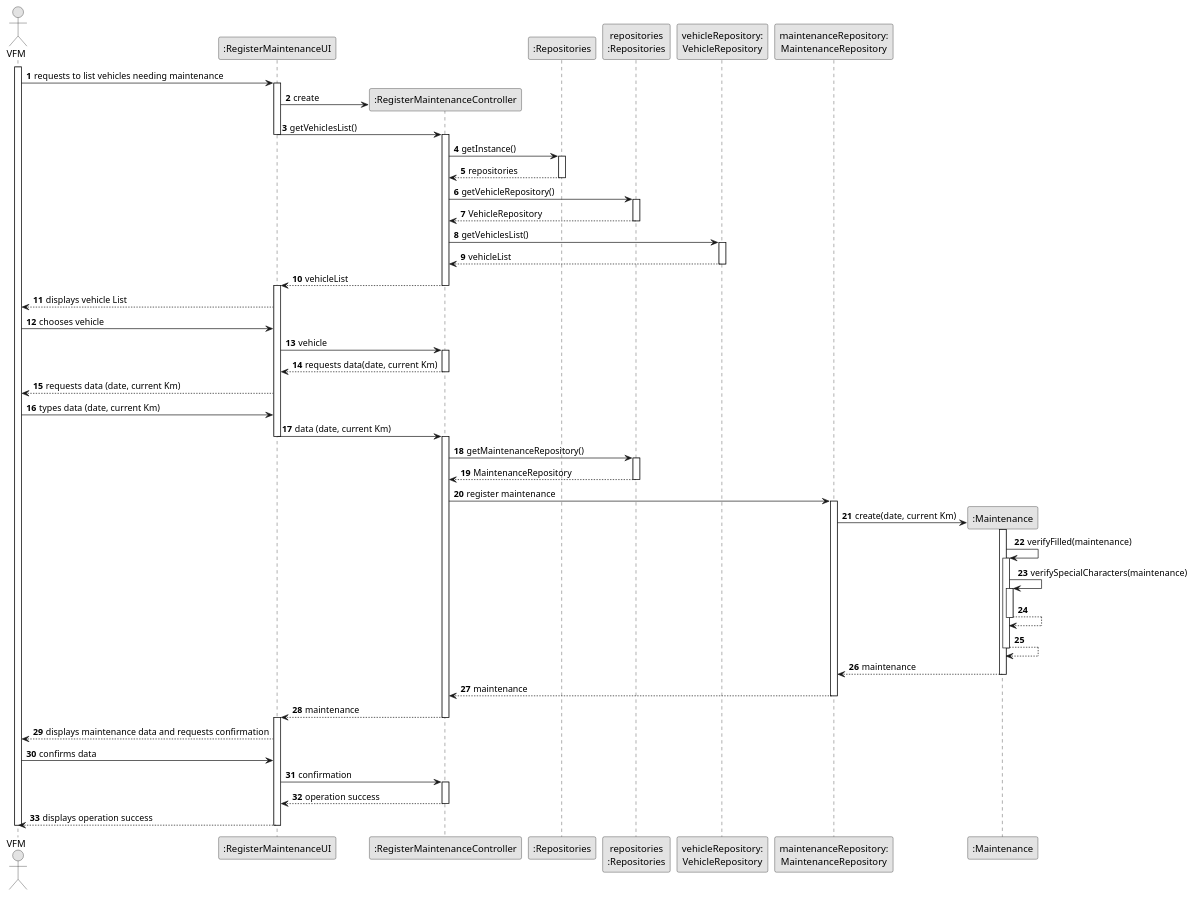
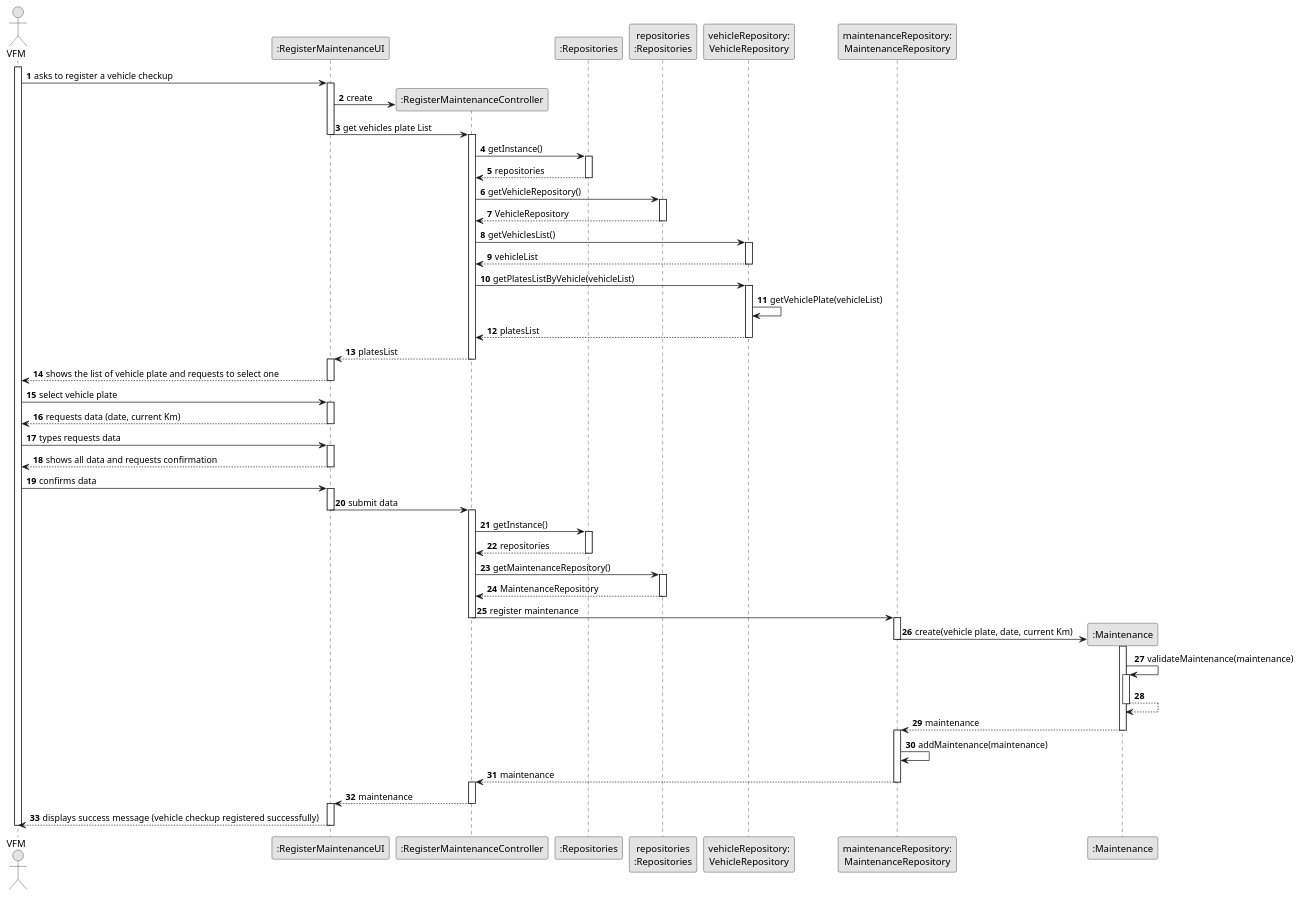
Before and after one commit to ricardomm7/leaflink: the diagram in docs/sprintB/us007/03.design/puml/us007-sequence-diagram-full.puml, drawn with PlantUML. The commit also changed 30 other files, not shown here.

```diff
--- a/docs/sprintB/us007/03.design/puml/us007-sequence-diagram-full.puml
+++ b/docs/sprintB/us007/03.design/puml/us007-sequence-diagram-full.puml
@@ -1,115 +1,134 @@
 @startuml
 skinparam monochrome true
 skinparam packageStyle rectangle
 skinparam shadowing false
 
 autonumber
 
 'hide footbox
 actor "VFM" as VFM
 participant ":RegisterMaintenanceUI" as UI
 participant ":RegisterMaintenanceController" as CTRL
 participant ":Repositories" as RepositorySingleton
 participant "repositories\n:Repositories" as PLAT
 participant "vehicleRepository:\nVehicleRepository" as VehicleRepository
 participant "maintenanceRepository:\nMaintenanceRepository" as MaintenanceRepository
 participant ":Maintenance" as Maintenance
 
 activate VFM
 
-    VFM -> UI : requests to list vehicles needing maintenance
+    VFM -> UI : asks to register a vehicle checkup
     activate UI
 
         UI -> CTRL** : create
 
-        UI -> CTRL : getVehiclesList()
+
+
+        UI -> CTRL : get vehicles plate List
         deactivate UI
         activate CTRL
 
             CTRL -> RepositorySingleton : getInstance()
             activate RepositorySingleton
 
                 RepositorySingleton --> CTRL: repositories
             deactivate RepositorySingleton
 
             CTRL -> PLAT : getVehicleRepository()
             activate PLAT
 
                 PLAT --> CTRL: VehicleRepository
             deactivate PLAT
 
             CTRL -> VehicleRepository : getVehiclesList()
             activate VehicleRepository
 
                 VehicleRepository --> CTRL : vehicleList
             deactivate VehicleRepository
 
-            CTRL --> UI : vehicleList
+            CTRL -> VehicleRepository : getPlatesListByVehicle(vehicleList)
+            activate VehicleRepository
+
+            VehicleRepository -> VehicleRepository: getVehiclePlate(vehicleList)
+
+            VehicleRepository --> CTRL: platesList
+            deactivate VehicleRepository
+
+
+            CTRL --> UI : platesList
             deactivate CTRL
             activate UI
 
-            UI --> VFM : displays vehicle List
+            UI --> VFM : shows the list of vehicle plate and requests to select one
+            deactivate UI
 
-            VFM -> UI : chooses vehicle
+            VFM -> UI : select vehicle plate
+            activate UI
 
-            UI -> CTRL : vehicle
-            activate CTRL
-
-            CTRL --> UI : requests data(date, current Km)
-            deactivate CTRL
 
             UI --> VFM : requests data (date, current Km)
+            deactivate UI
 
-            VFM -> UI : types data (date, current Km)
+            VFM -> UI : types requests data
+            activate UI
+
+            UI --> VFM : shows all data and requests confirmation
+            deactivate UI
+
+            VFM -> UI : confirms data
+            activate UI
 
 
-            UI -> CTRL : data (date, current Km)
+            UI -> CTRL : submit data
             deactivate UI
             activate CTRL
 
+            CTRL -> RepositorySingleton: getInstance()
+            activate RepositorySingleton
+
+            RepositorySingleton --> CTRL:repositories
+            deactivate RepositorySingleton
 
             CTRL -> PLAT : getMaintenanceRepository()
             activate PLAT
 
             PLAT --> CTRL : MaintenanceRepository
             deactivate PLAT
 
             CTRL -> MaintenanceRepository : register maintenance
+                        deactivate CTRL
             activate MaintenanceRepository
 
-            MaintenanceRepository -> Maintenance** : create(date, current Km)
+            MaintenanceRepository -> Maintenance** : create(vehicle plate, date, current Km)
+            deactivate MaintenanceRepository
             activate Maintenance
 
-                Maintenance -> Maintenance : verifyFilled(maintenance)
-                activate Maintenance
-                Maintenance -> Maintenance : verifySpecialCharacters(maintenance)
+
+                Maintenance -> Maintenance : validateMaintenance(maintenance)
                 activate Maintenance
                 Maintenance --> Maintenance
                 deactivate Maintenance
-                Maintenance --> Maintenance
-                deactivate Maintenance
+
 
                 Maintenance --> MaintenanceRepository : maintenance
                deactivate Maintenance
+
+               activate MaintenanceRepository
+
+                MaintenanceRepository -> MaintenanceRepository: addMaintenance(maintenance)
+
                MaintenanceRepository --> CTRL : maintenance
                deactivate MaintenanceRepository
+                              activate CTRL
+
                CTRL --> UI : maintenance
                deactivate CTRL
                activate UI
 
-               UI --> VFM : displays maintenance data and requests confirmation
-               VFM -> UI : confirms data
-
-               UI -> CTRL : confirmation
-               activate CTRL
-
-               CTRL --> UI : operation success
-               deactivate CTRL
-
-               UI --> VFM : displays operation success
+               UI --> VFM : displays success message (vehicle checkup registered successfully)
                deactivate UI
 
                deactivate VFM
 
 
 @enduml
```
